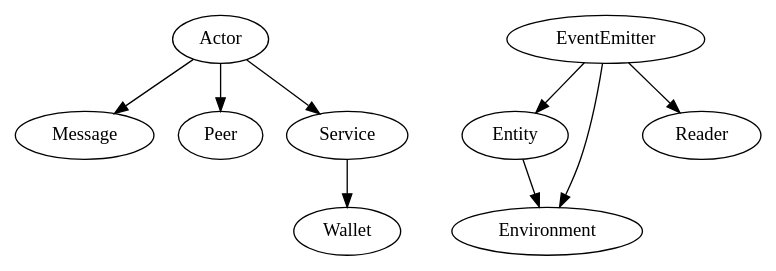
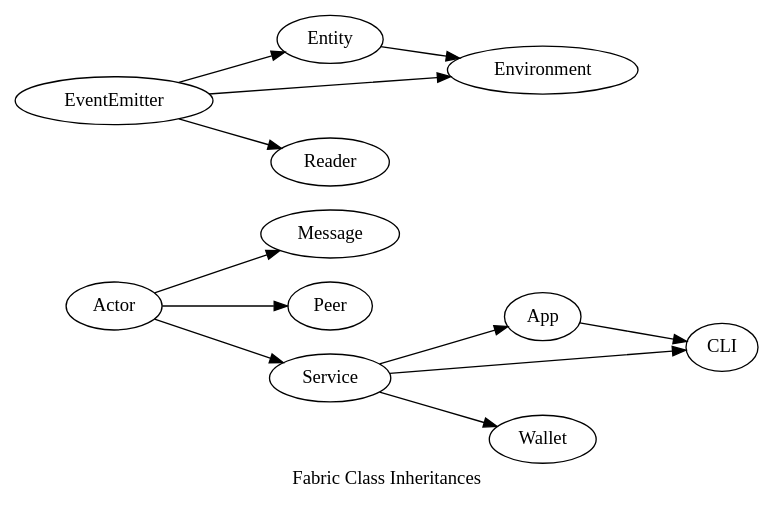
Before and after one commit to FabricLabs/fabric: the diagram in contracts/classes.dot, drawn with Graphviz. The commit also changed 9 other files, not shown here.

```diff
--- a/contracts/classes.dot
+++ b/contracts/classes.dot
@@ -1,19 +1,26 @@
 digraph FabricClasses {
+  label = "Fabric Class Inheritances"
+  rankdir = "LR"
+
   "Actor" -> {
     "Message"
     "Peer"
     "Service"
   }
 
   "EventEmitter" -> {
     "Entity" -> {
       "Environment"
     }
 
     "Reader"
   }
 
   "Service" -> {
+    "App" -> {
+      "CLI"
+    }
+
     "Wallet"
   }
 }
```
